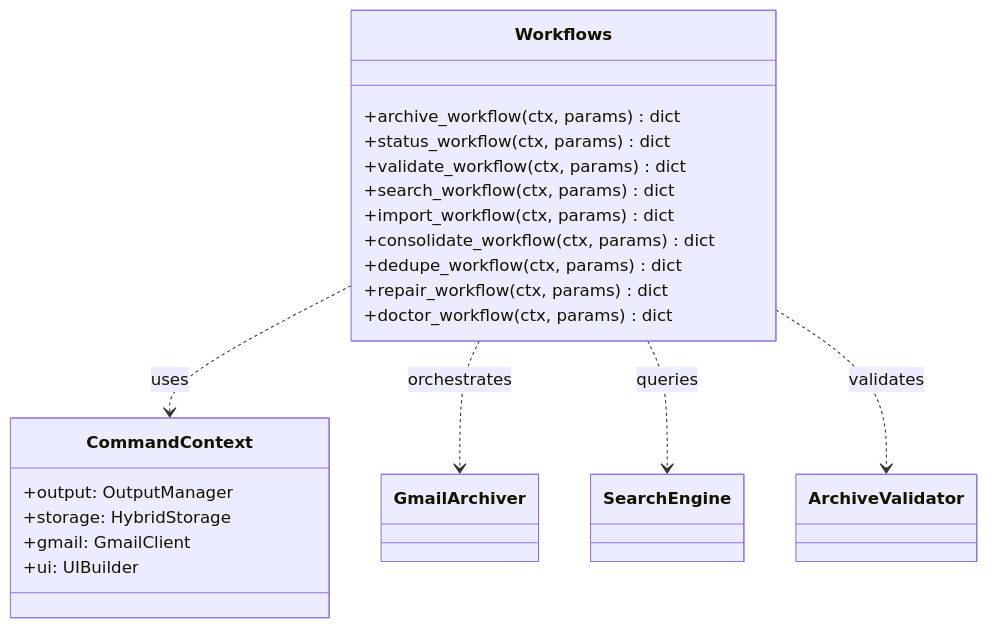
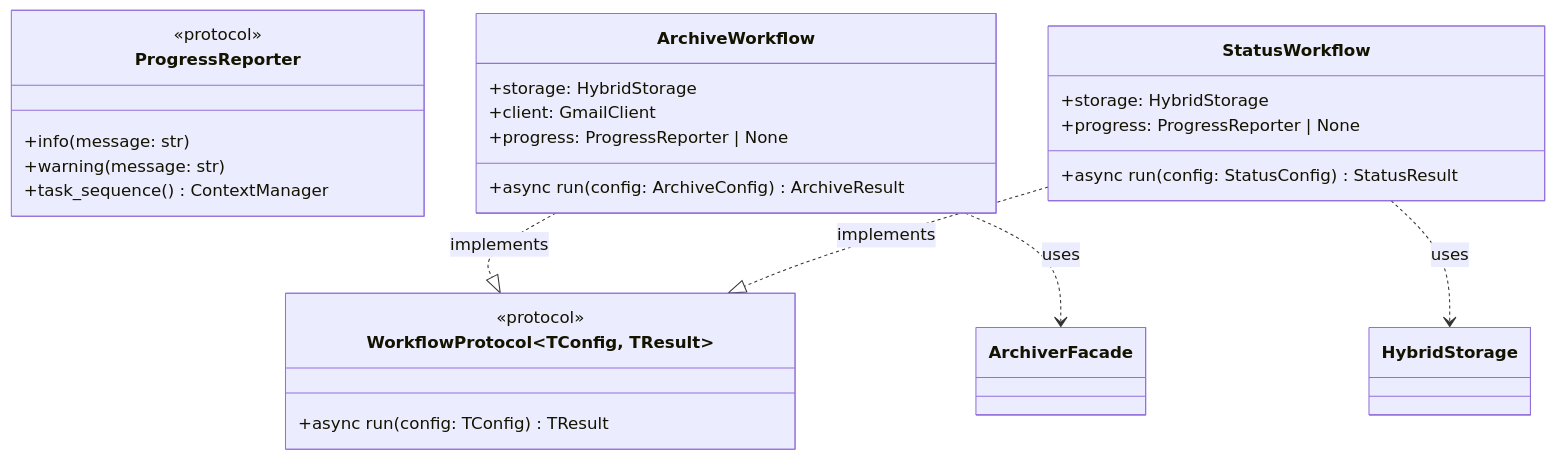
One commit to tumma72/GMailArchiver changed diagram 13 of 13 in src/gmailarchiver/core/ARCHITECTURE.md. Above: the diagram before and after it, drawn with Mermaid. The commit also changed other lines of this file and 81 other files, not shown here.

````diff
--- a/src/gmailarchiver/core/ARCHITECTURE.md
+++ b/src/gmailarchiver/core/ARCHITECTURE.md
@@ -268,26 +301,32 @@
 ```mermaid
 classDiagram
-    class Workflows {
-        +archive_workflow(ctx, params) dict
-        +status_workflow(ctx, params) dict
-        +validate_workflow(ctx, params) dict
-        +search_workflow(ctx, params) dict
-        +import_workflow(ctx, params) dict
-        +consolidate_workflow(ctx, params) dict
-        +dedupe_workflow(ctx, params) dict
-        +repair_workflow(ctx, params) dict
-        +doctor_workflow(ctx, params) dict
+    class WorkflowProtocol~TConfig, TResult~ {
+        <<protocol>>
+        +async run(config: TConfig) TResult
     }
 
-    class CommandContext {
-        +output: OutputManager
-        +storage: HybridStorage
-        +gmail: GmailClient
-        +ui: UIBuilder
+    class ProgressReporter {
+        <<protocol>>
+        +info(message: str)
+        +warning(message: str)
+        +task_sequence() ContextManager
     }
 
-    Workflows ..> CommandContext : uses
-    Workflows ..> GmailArchiver : orchestrates
-    Workflows ..> SearchEngine : queries
-    Workflows ..> ArchiveValidator : validates
+    class ArchiveWorkflow {
+        +storage: HybridStorage
+        +client: GmailClient
+        +progress: ProgressReporter | None
+        +async run(config: ArchiveConfig) ArchiveResult
+    }
+
+    class StatusWorkflow {
+        +storage: HybridStorage
+        +progress: ProgressReporter | None
+        +async run(config: StatusConfig) StatusResult
+    }
+
+    ArchiveWorkflow ..|> WorkflowProtocol : implements
+    StatusWorkflow ..|> WorkflowProtocol : implements
+    ArchiveWorkflow ..> ArchiverFacade : uses
+    StatusWorkflow ..> HybridStorage : uses
 ```
````
